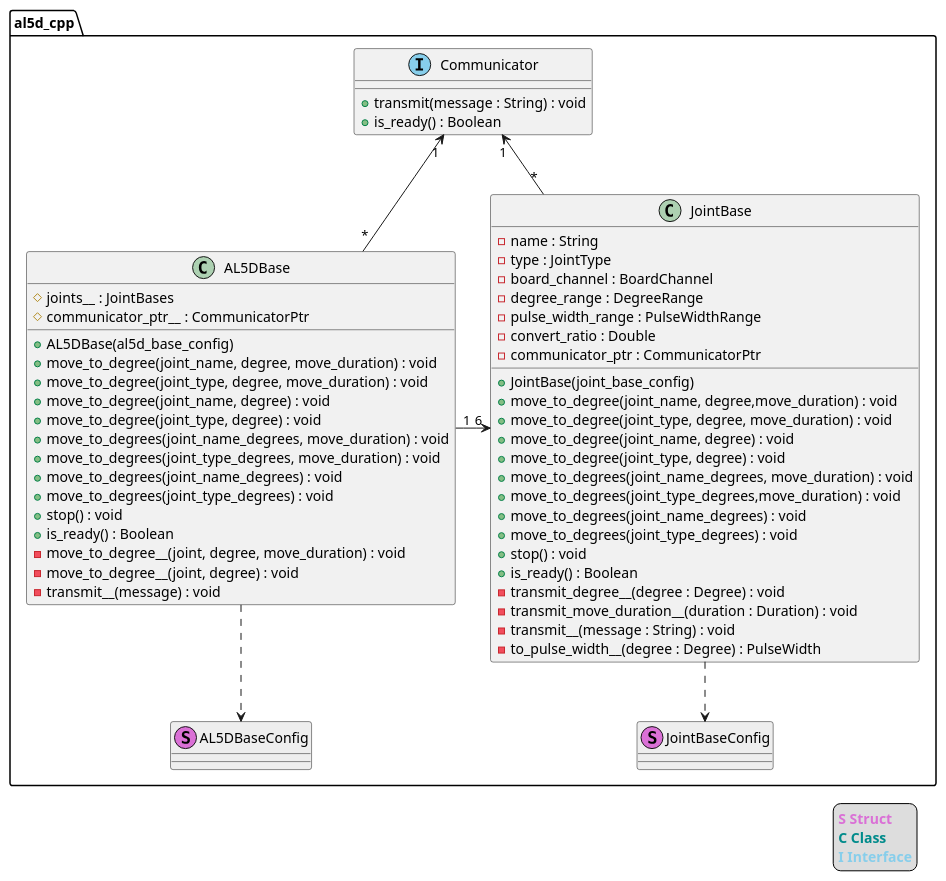
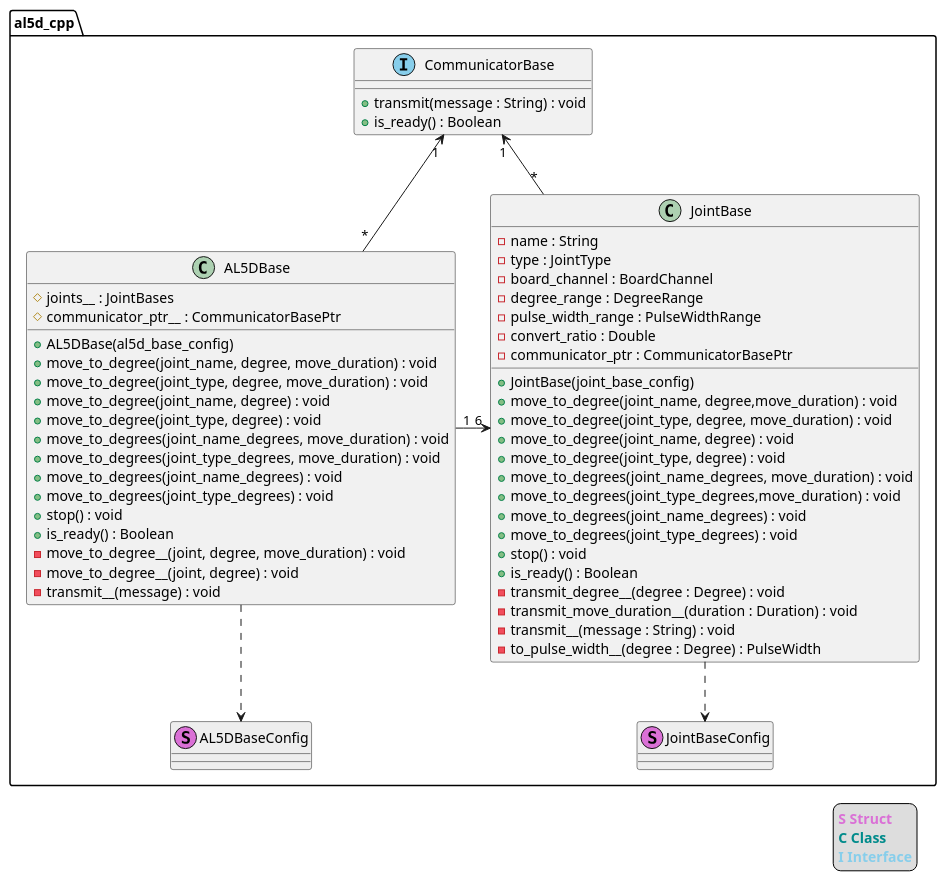
One commit to bscp/al5d_cpp changed the diagram in doc/todo_class_design_base.puml. Above: the diagram before and after it, drawn with PlantUML. The commit also changed 14 other files, not shown here.

Commit message:
Rename Communicator to CommunicatorBase

```diff
--- a/doc/todo_class_design_base.puml
+++ b/doc/todo_class_design_base.puml
@@ -1,70 +1,70 @@
 @startuml
 
 namespace al5d_cpp {
 
-    class Communicator <<(I,SkyBlue)>> {
+    class CommunicatorBase <<(I,SkyBlue)>> {
         + transmit(message : String) : void
         + is_ready() : Boolean
     }
 
     class AL5DBase {
         + AL5DBase(al5d_base_config)
         + move_to_degree(joint_name, degree, move_duration) : void
         + move_to_degree(joint_type, degree, move_duration) : void
         + move_to_degree(joint_name, degree) : void
         + move_to_degree(joint_type, degree) : void
         + move_to_degrees(joint_name_degrees, move_duration) : void
         + move_to_degrees(joint_type_degrees, move_duration) : void
         + move_to_degrees(joint_name_degrees) : void
         + move_to_degrees(joint_type_degrees) : void
         + stop() : void
         + is_ready() : Boolean
         - move_to_degree__(joint, degree, move_duration) : void
         - move_to_degree__(joint, degree) : void
         - transmit__(message) : void
         # joints__ : JointBases
-        # communicator_ptr__ : CommunicatorPtr
+        # communicator_ptr__ : CommunicatorBasePtr
     }
 
     class JointBase {
         + JointBase(joint_base_config)
         + move_to_degree(joint_name, degree,move_duration) : void
         + move_to_degree(joint_type, degree, move_duration) : void
         + move_to_degree(joint_name, degree) : void
         + move_to_degree(joint_type, degree) : void
         + move_to_degrees(joint_name_degrees, move_duration) : void
         + move_to_degrees(joint_type_degrees,move_duration) : void
         + move_to_degrees(joint_name_degrees) : void
         + move_to_degrees(joint_type_degrees) : void
         + stop() : void
         + is_ready() : Boolean
         - transmit_degree__(degree : Degree) : void
         - transmit_move_duration__(duration : Duration) : void
         - transmit__(message : String) : void
         - to_pulse_width__(degree : Degree) : PulseWidth
         - name : String
         - type : JointType
         - board_channel : BoardChannel
         - degree_range : DegreeRange
         - pulse_width_range : PulseWidthRange
         - convert_ratio : Double
-        - communicator_ptr : CommunicatorPtr
+        - communicator_ptr : CommunicatorBasePtr
     }
 
     class JointBaseConfig <<(S,Orchid)>> #eee
     class AL5DBaseConfig <<(S,Orchid)>> #eee
 
-    Communicator "1" <- "*" JointBase
-    Communicator "1" <-- "*" AL5DBase
+    CommunicatorBase "1" <- "*" JointBase
+    CommunicatorBase "1" <-- "*" AL5DBase
     AL5DBase "1" -> "6" JointBase
     AL5DBase ..> AL5DBaseConfig
     JointBase ..> JointBaseConfig
 }
 
 legend right
   <b><color:Orchid>S Struct</color></b>
   <b><color:DarkCyan>C Class</color></b>
   <b><color:SkyBlue>I Interface</color></b>
 endlegend
 
 @enduml
```
